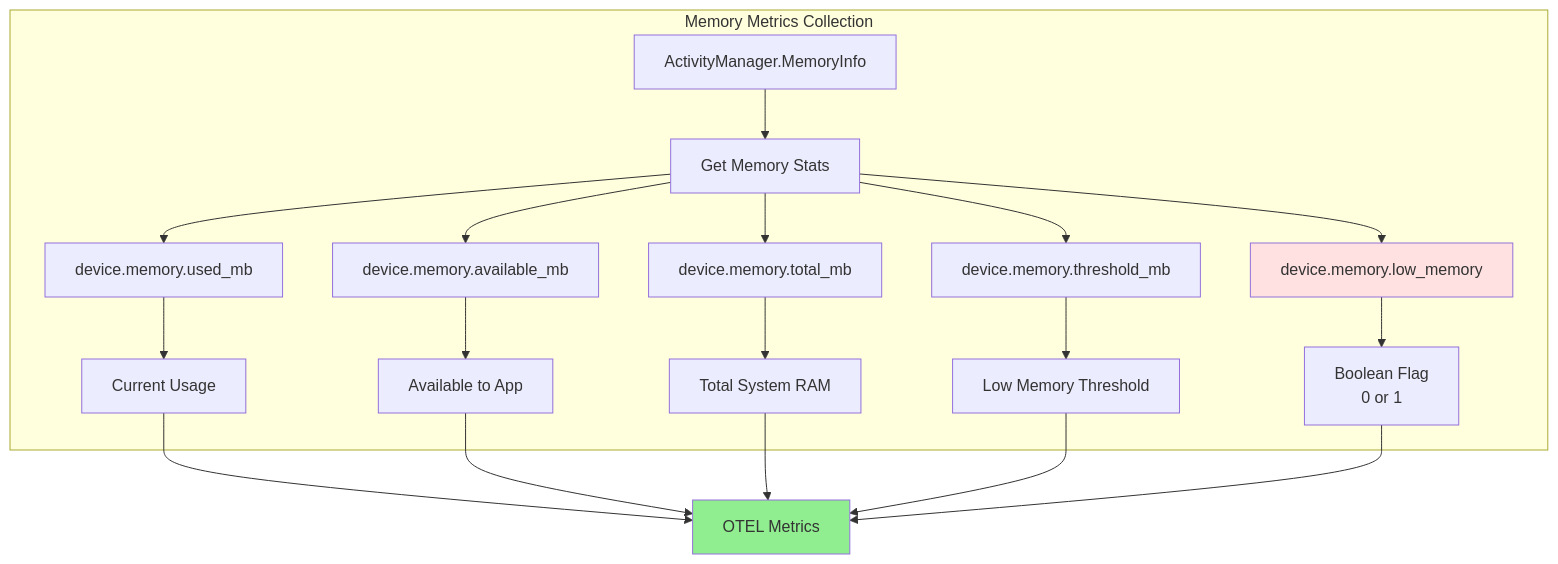
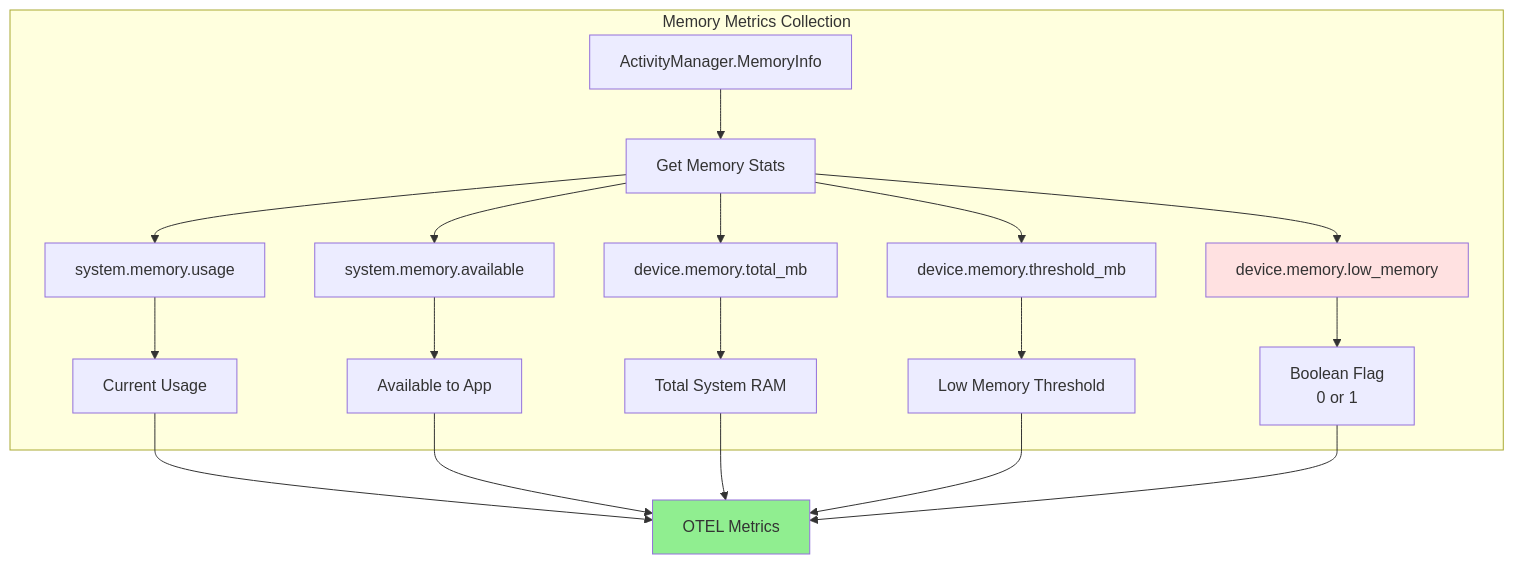
The fifth of 10 diagrams in docs/architecture/04-low-memory-handling.md (barrysolomon/mobile-otel), drawn with Mermaid before and after one commit. The commit also changed other lines of this file and 10 other files, not shown here.

````diff
--- a/docs/architecture/04-low-memory-handling.md
+++ b/docs/architecture/04-low-memory-handling.md
@@ -140,27 +140,27 @@
 ```mermaid
 graph TB
     subgraph "Memory Metrics Collection"
         A[ActivityManager.MemoryInfo] --> B[Get Memory Stats]
 
-        B --> C[device.memory.used_mb]
-        B --> D[device.memory.available_mb]
+        B --> C[system.memory.usage]
+        B --> D[system.memory.available]
         B --> E[device.memory.total_mb]
         B --> F[device.memory.threshold_mb]
         B --> G[device.memory.low_memory]
 
         C --> H[Current Usage]
         D --> I[Available to App]
         E --> J[Total System RAM]
         F --> K[Low Memory Threshold]
         G --> L[Boolean Flag<br/>0 or 1]
     end
 
     H --> M[OTEL Metrics]
     I --> M
     J --> M
     K --> M
     L --> M
 
     style G fill:#FFE1E1
     style M fill:#90EE90
 ```
````
